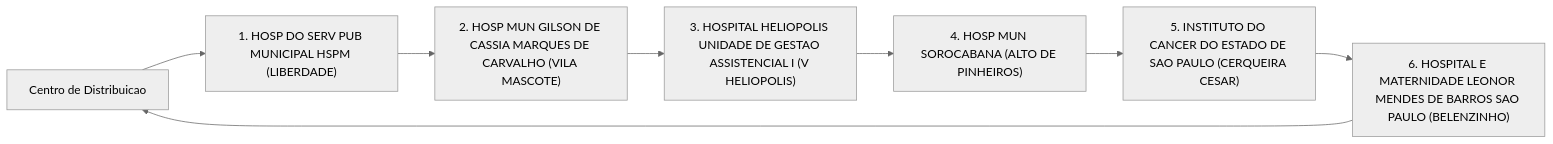
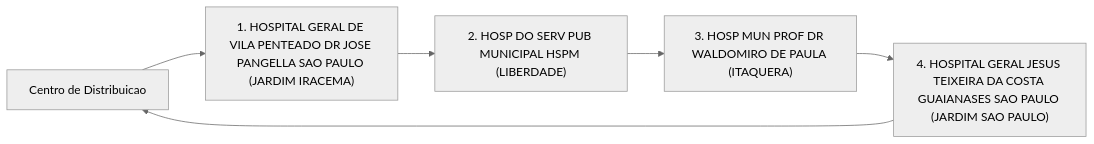
One commit to victorldomingues/pos_fiap_ia_fase2_tech_challenge changed the ninth of 11 diagrams in tsp/output/instrucoes_motoristas.md. Above: the diagram before and after it, drawn with Mermaid (neutral theme). The commit also changed other lines of this file and 6 other files, not shown here.

````diff
--- a/tsp/output/instrucoes_motoristas.md
+++ b/tsp/output/instrucoes_motoristas.md
@@ -570,17 +576,13 @@
 ```mermaid
 flowchart LR
     deposito["Centro de Distribuicao"]
-    parada_1["1. HOSP DO SERV PUB MUNICIPAL HSPM (LIBERDADE)"]
+    parada_1["1. HOSPITAL GERAL DE VILA PENTEADO DR JOSE PANGELLA SAO PAULO (JARDIM IRACEMA)"]
     deposito --> parada_1
-    parada_2["2. HOSP MUN GILSON DE CASSIA MARQUES DE CARVALHO (VILA MASCOTE)"]
+    parada_2["2. HOSP DO SERV PUB MUNICIPAL HSPM (LIBERDADE)"]
     parada_1 --> parada_2
-    parada_3["3. HOSPITAL HELIOPOLIS UNIDADE DE GESTAO ASSISTENCIAL I (V HELIOPOLIS)"]
+    parada_3["3. HOSP MUN PROF DR WALDOMIRO DE PAULA (ITAQUERA)"]
     parada_2 --> parada_3
-    parada_4["4. HOSP MUN SOROCABANA (ALTO DE PINHEIROS)"]
+    parada_4["4. HOSPITAL GERAL JESUS TEIXEIRA DA COSTA GUAIANASES SAO PAULO (JARDIM SAO PAULO)"]
     parada_3 --> parada_4
-    parada_5["5. INSTITUTO DO CANCER DO ESTADO DE SAO PAULO (CERQUEIRA CESAR)"]
-    parada_4 --> parada_5
-    parada_6["6. HOSPITAL E MATERNIDADE LEONOR MENDES DE BARROS SAO PAULO (BELENZINHO)"]
-    parada_5 --> parada_6
-    parada_6 --> deposito
+    parada_4 --> deposito
 ```
````
